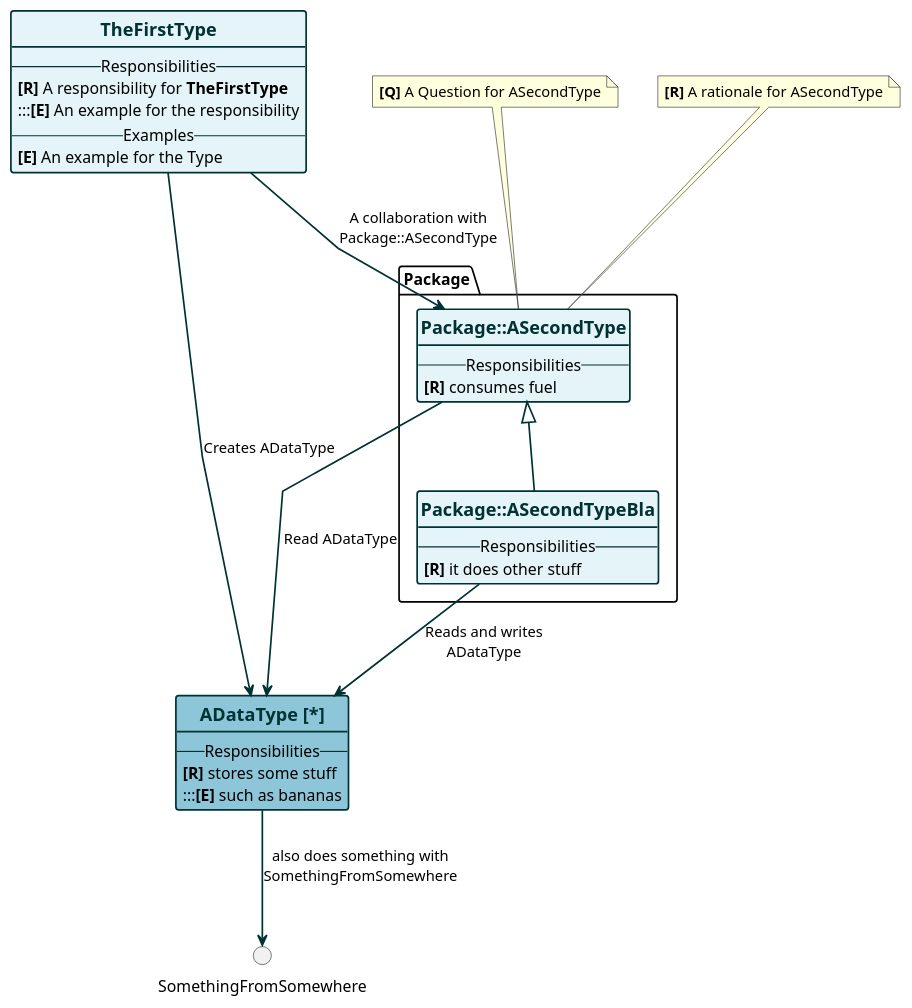
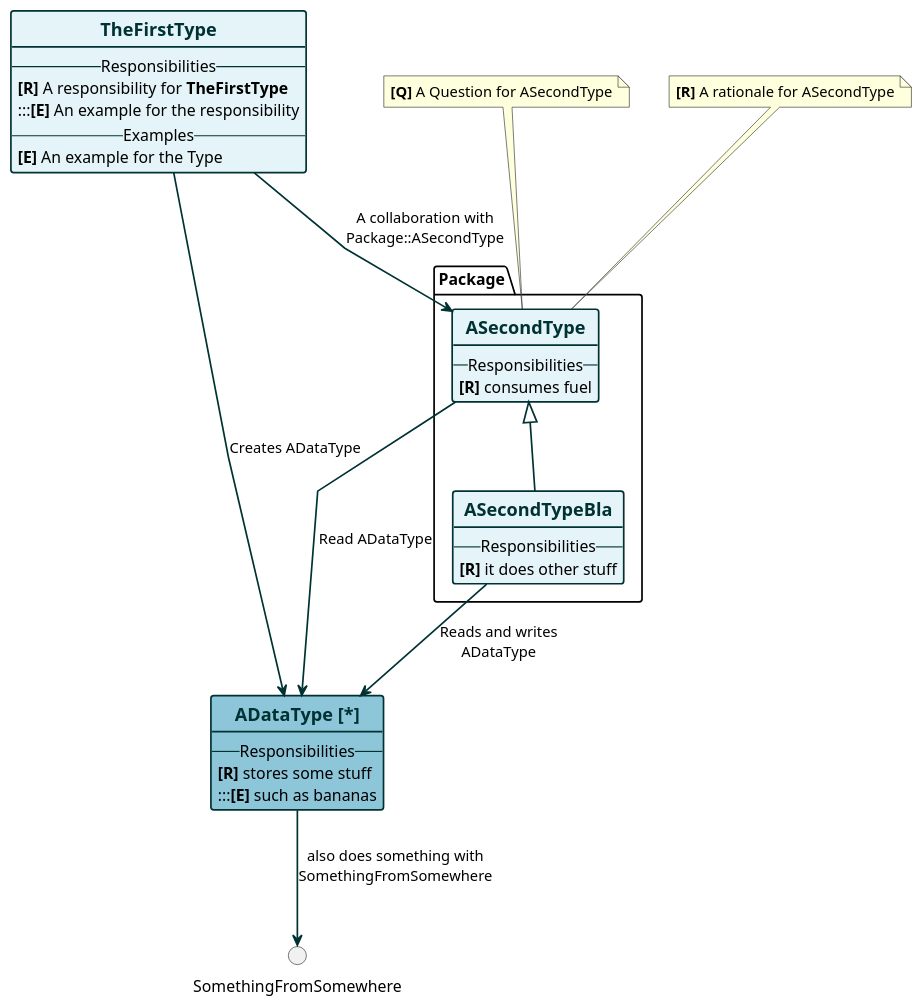
Before and after one commit to markusvoelter/CRCPlusPlus: the diagram in example.md.plantuml, drawn with PlantUML. The commit also changed 1 other file, not shown here.

```diff
--- a/example.md.plantuml
+++ b/example.md.plantuml
@@ -1,46 +1,46 @@
 @startuml
 skinparam class {
   BackgroundColor #e5f4f9
   BackgroundColor<<data>> #8dc6d9
   BackgroundColor<<proxy>> #8dc6d9
   ArrowColor #003233
   BorderColor #003233
   ArrowThickness 1.5
   BorderThickness 1.5
   FontColor #003233
 }
 skinparam linetype polyline
 hide circles
 hide stereotype
 set separator ::
 
 class "<b><size:16>TheFirstType</size></b>" as TheFirstType  {
 -- Responsibilities --
   <b>[R]</b> A responsibility for <b>TheFirstType</b>
   :::<b>[E]</b> An example for the responsibility
 -- Examples --
   <b>[E]</b> An example for the Type
 }
 TheFirstType --> Package::ASecondType : A collaboration with\nPackage::ASecondType
 TheFirstType --> ADataType : Creates ADataType
-class "<b><size:16>Package::ASecondType</size></b>" as Package::ASecondType  {
+class "<b><size:16>ASecondType</size></b>" as Package::ASecondType  {
 -- Responsibilities --
   <b>[R]</b> consumes fuel
 }
 note top of Package::ASecondType : <b>[Q]</b> A Question for ASecondType
 note top of Package::ASecondType : <b>[R]</b> A rationale for ASecondType
 Package::ASecondType --> ADataType : Read ADataType
-class "<b><size:16>Package::ASecondTypeBla</size></b>" as Package::ASecondTypeBla  {
+class "<b><size:16>ASecondTypeBla</size></b>" as Package::ASecondTypeBla  {
 -- Responsibilities --
   <b>[R]</b> it does other stuff
 }
 Package::ASecondTypeBla --> ADataType : Reads and writes\nADataType
 Package::ASecondType <|-- Package::ASecondTypeBla
 circle SomethingFromSomewhere
 class "<b><size:16>ADataType [*]</size></b>" as ADataType <<data>> {
 -- Responsibilities --
   <b>[R]</b> stores some stuff
   :::<b>[E]</b> such as bananas
 }
 ADataType --> SomethingFromSomewhere : also does something with\nSomethingFromSomewhere
 @enduml
```
